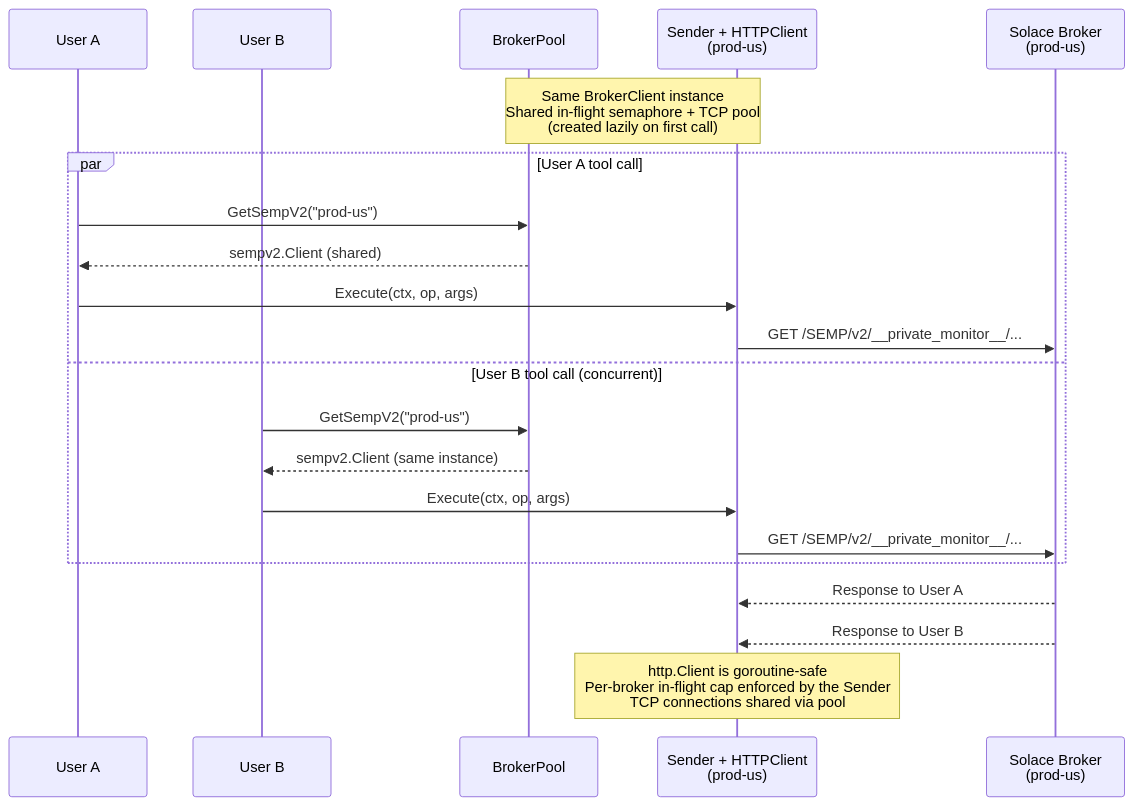
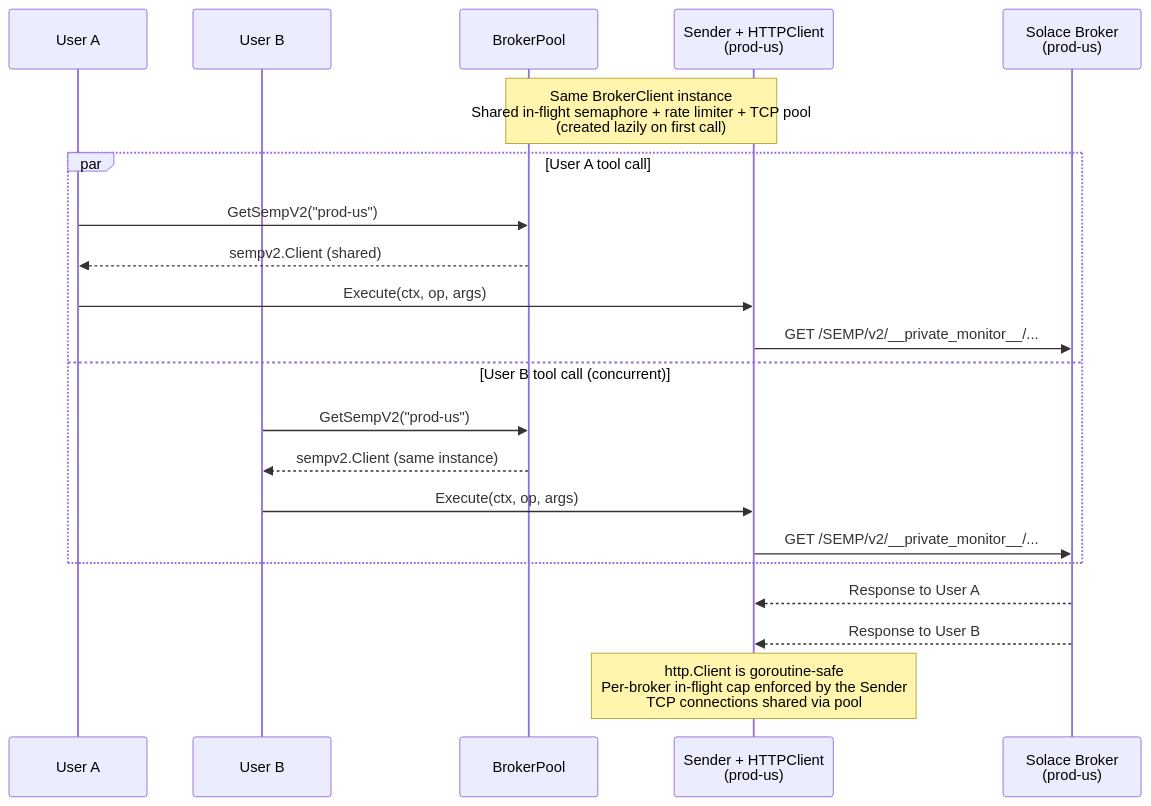
The fifth of 6 diagrams in docs/internal/architecture.md (SolaceProducts/solace-broker-mcp), drawn with Mermaid before and after one commit. The commit also changed other lines of this file and 3 other files, not shown here.

First line of the commit message:
docs: reflect broker-owned rate limiter in architecture and preconditions [SOL-152401]

````diff
--- a/docs/internal/architecture.md
+++ b/docs/internal/architecture.md
@@ -359,27 +359,27 @@
 ```mermaid
 sequenceDiagram
     participant A as User A
     participant B as User B
     participant Pool as BrokerPool
     participant HC as Sender + HTTPClient<br/>(prod-us)
     participant Broker as Solace Broker<br/>(prod-us)
 
-    Note over Pool,HC: Same BrokerClient instance<br/>Shared in-flight semaphore + TCP pool<br/>(created lazily on first call)
+    Note over Pool,HC: Same BrokerClient instance<br/>Shared in-flight semaphore + rate limiter + TCP pool<br/>(created lazily on first call)
 
     par User A tool call
         A->>Pool: GetSempV2("prod-us")
         Pool-->>A: sempv2.Client (shared)
         A->>HC: Execute(ctx, op, args)
         HC->>Broker: GET /SEMP/v2/__private_monitor__/...
     and User B tool call (concurrent)
         B->>Pool: GetSempV2("prod-us")
         Pool-->>B: sempv2.Client (same instance)
         B->>HC: Execute(ctx, op, args)
         HC->>Broker: GET /SEMP/v2/__private_monitor__/...
     end
 
     Broker-->>HC: Response to User A
     Broker-->>HC: Response to User B
 
     Note over HC: http.Client is goroutine-safe<br/>Per-broker in-flight cap enforced by the Sender<br/>TCP connections shared via pool
 ```
````
